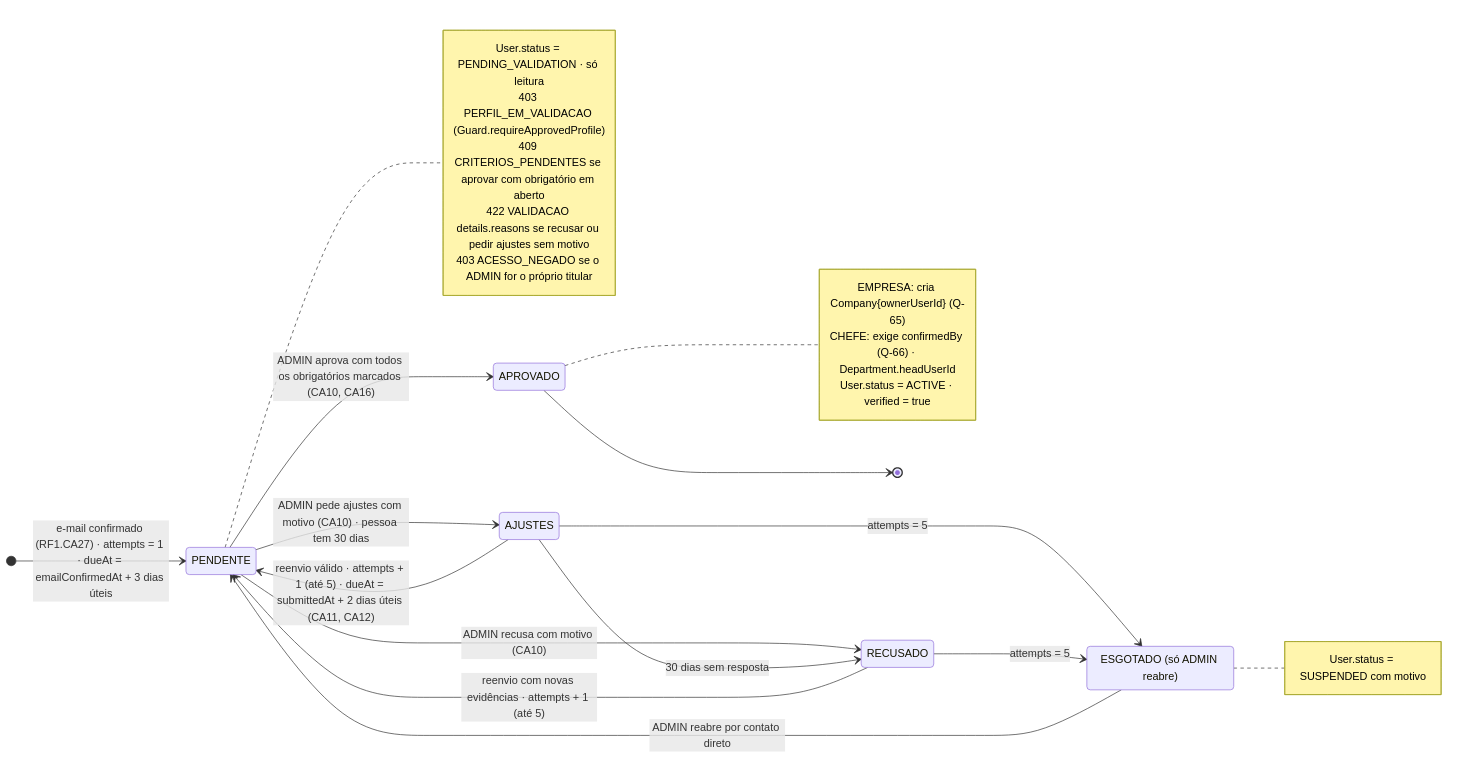
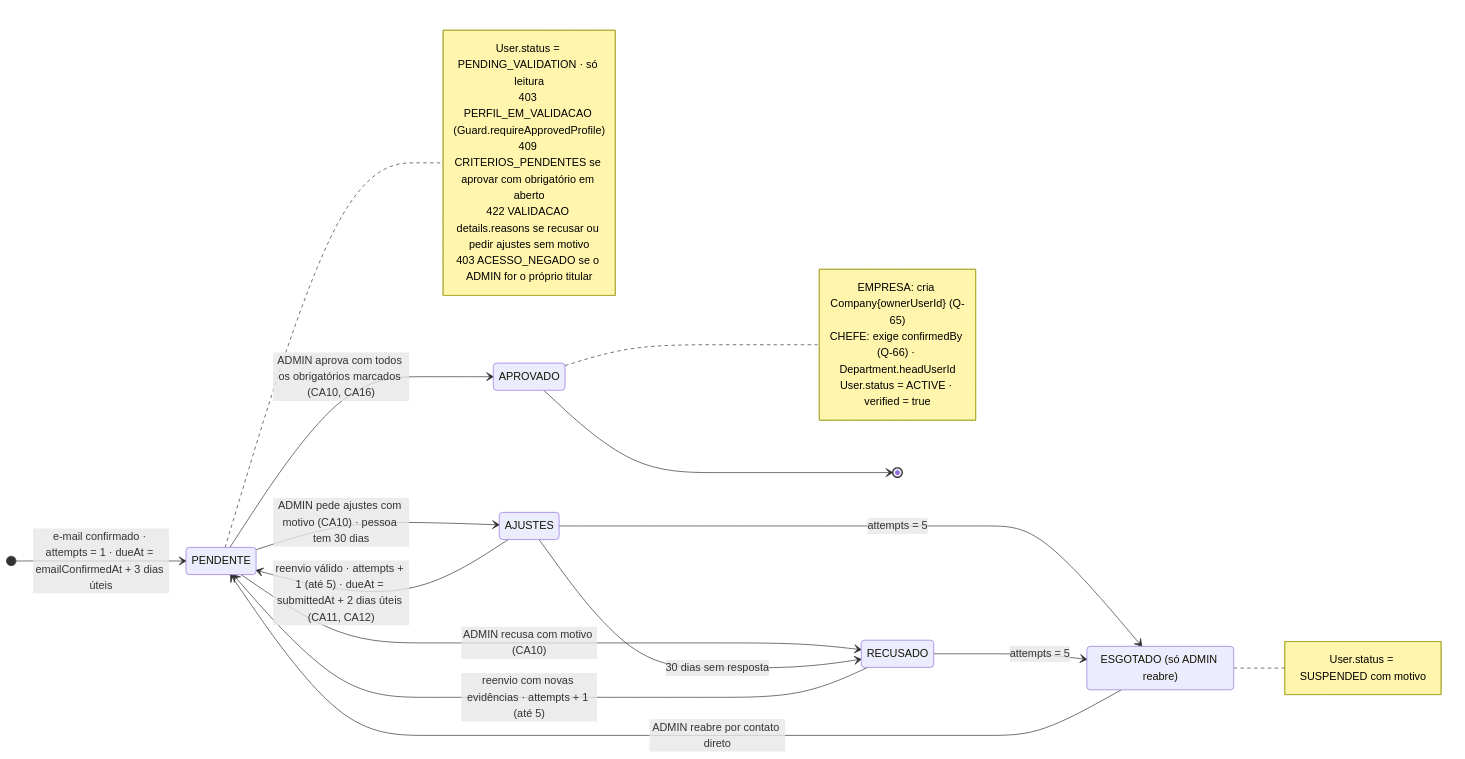
The sixth of 6 diagrams in docs/diagramas/RF28/README.md (MatheusHaliski/Decia-app-2026), drawn with Mermaid before and after one commit. The commit also changed other lines of this file and 5 other files, not shown here.

First line of the commit message:
docs(diagramas): reescreve RF24–RF29 (classes, atividades, sequência, estados, componentes)

````diff
--- a/docs/diagramas/RF28/README.md
+++ b/docs/diagramas/RF28/README.md
@@ -604,37 +592,37 @@
 ```mermaid
 stateDiagram-v2
   direction LR
   state "PENDENTE" as PENDENTE
   state "AJUSTES" as AJUSTES
   state "APROVADO" as APROVADO
   state "RECUSADO" as RECUSADO
   state "ESGOTADO (só ADMIN reabre)" as ESGOTADO
 
-  [*] --> PENDENTE : e-mail confirmado (RF1.CA27) · attempts = 1 · dueAt = emailConfirmedAt + 3 dias úteis
+  [*] --> PENDENTE : e-mail confirmado · attempts = 1 · dueAt = emailConfirmedAt + 3 dias úteis
   PENDENTE --> AJUSTES : ADMIN pede ajustes com motivo (CA10) · pessoa tem 30 dias
   PENDENTE --> APROVADO : ADMIN aprova com todos os obrigatórios marcados (CA10, CA16)
   PENDENTE --> RECUSADO : ADMIN recusa com motivo (CA10)
   AJUSTES --> PENDENTE : reenvio válido · attempts + 1 (até 5) · dueAt = submittedAt + 2 dias úteis (CA11, CA12)
   RECUSADO --> PENDENTE : reenvio com novas evidências · attempts + 1 (até 5)
   AJUSTES --> RECUSADO : 30 dias sem resposta
   AJUSTES --> ESGOTADO : attempts = 5
   RECUSADO --> ESGOTADO : attempts = 5
   ESGOTADO --> PENDENTE : ADMIN reabre por contato direto
   APROVADO --> [*]
 
   note right of PENDENTE
     User.status = PENDING_VALIDATION · só leitura
     403 PERFIL_EM_VALIDACAO (Guard.requireApprovedProfile)
     409 CRITERIOS_PENDENTES se aprovar com obrigatório em aberto
     422 VALIDACAO details.reasons se recusar ou pedir ajustes sem motivo
     403 ACESSO_NEGADO se o ADMIN for o próprio titular
   end note
   note right of APROVADO
     EMPRESA: cria Company{ownerUserId} (Q-65)
     CHEFE: exige confirmedBy (Q-66) · Department.headUserId
     User.status = ACTIVE · verified = true
   end note
   note right of ESGOTADO
     User.status = SUSPENDED com motivo
   end note
 ```
````
